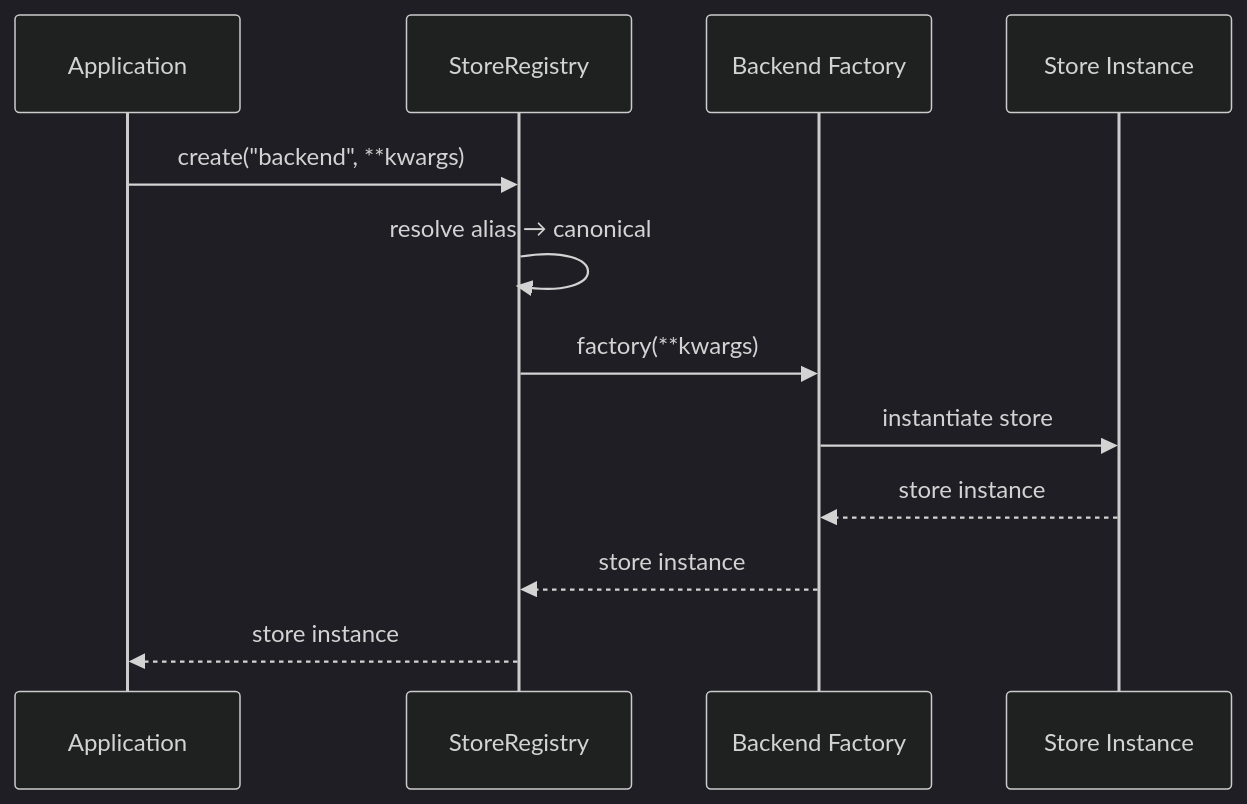
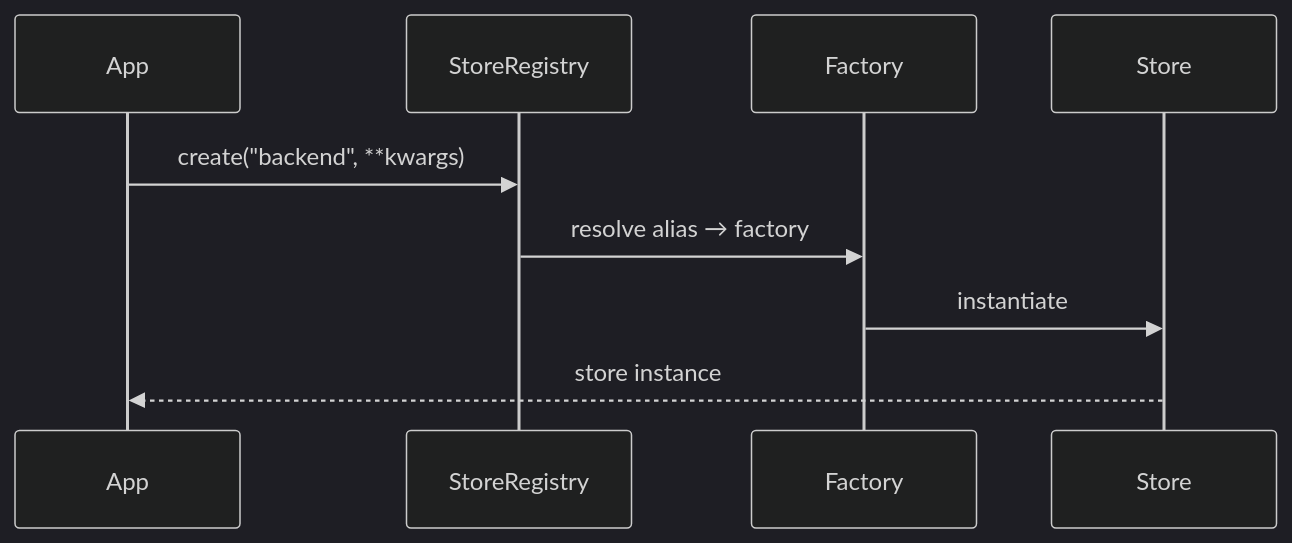
One commit to MervinPraison/PraisonAIDocs changed the second of 2 diagrams in docs/features/persistence-backend-plugins.mdx. Above: the diagram before and after it, drawn with Mermaid (dark theme). The commit also changed other lines of this file and 4 other files, not shown here.

````diff
--- a/docs/features/persistence-backend-plugins.mdx
+++ b/docs/features/persistence-backend-plugins.mdx
@@ -67,15 +96,12 @@
 ```mermaid
 sequenceDiagram
-    participant App as Application
+    participant App
     participant Registry as StoreRegistry
-    participant Factory as Backend Factory
-    participant Store as Store Instance
-    
+    participant Factory
+    participant Store
+
     App->>Registry: create("backend", **kwargs)
-    Registry->>Registry: resolve alias → canonical
-    Registry->>Factory: factory(**kwargs)
-    Factory->>Store: instantiate store
-    Store-->>Factory: store instance
-    Factory-->>Registry: store instance
-    Registry-->>App: store instance
+    Registry->>Factory: resolve alias → factory
+    Factory->>Store: instantiate
+    Store-->>App: store instance
 ```
````
